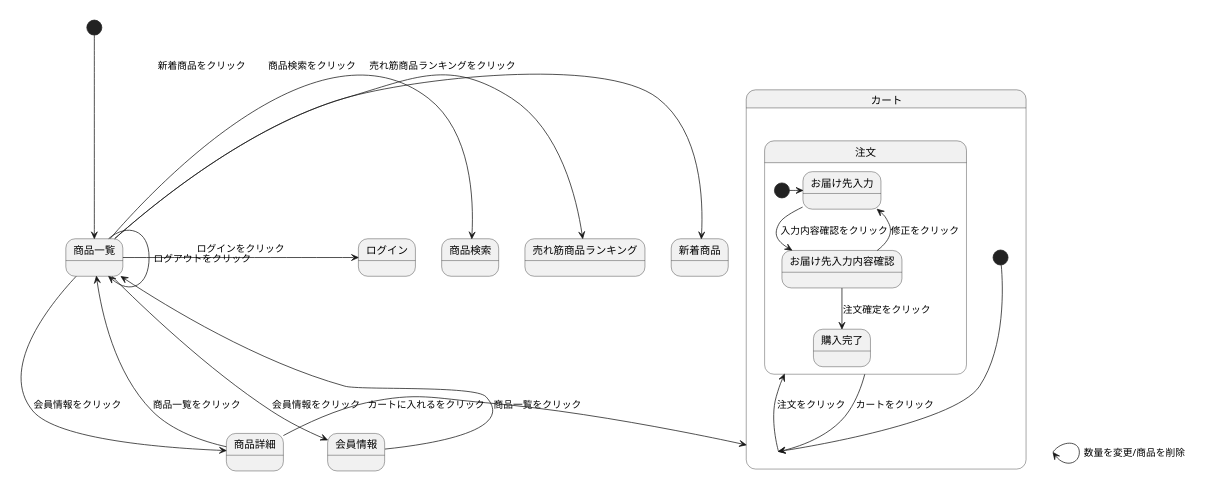
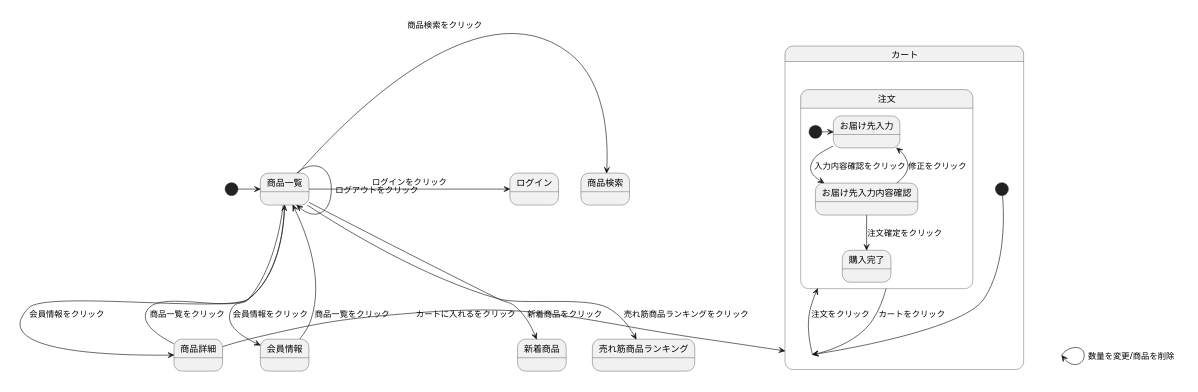
Before and after one commit to Aso2001369/2021sys-design: the diagram in stmmyshop.md, drawn with PlantUML.

````diff
--- a/stmmyshop.md
+++ b/stmmyshop.md
@@ -1,29 +1,29 @@
 ```uml
 @startuml
 scale 600 width
-[*] --> 商品一覧
-商品一覧 -> 新着商品 : 新着商品をクリック
-商品一覧 -> 売れ筋商品ランキング : 売れ筋商品ランキングをクリック
+[*] -> 商品一覧
+商品一覧 --> 新着商品 : 新着商品をクリック
+商品一覧 --> 売れ筋商品ランキング : 売れ筋商品ランキングをクリック
 商品一覧 -> 商品検索 : 商品検索をクリック
 商品一覧 -> 商品詳細 : 会員情報をクリック
 商品一覧 -> ログイン : ログインをクリック
 商品一覧 -> 商品一覧 : ログアウトをクリック
 商品一覧 -> 会員情報 : 会員情報をクリック
 商品詳細 -> カート : カートに入れるをクリック
 state カート {
 [*] --> カート
 カート -> 注文 : 注文をクリック
 カート -> カート : 数量を変更/商品を削除
 注文 --> カート : カートをクリック
 state 注文 {
 [*] -> お届け先入力
 お届け先入力 --> お届け先入力内容確認 : 入力内容確認をクリック
 お届け先入力内容確認 --> お届け先入力 : 修正をクリック
 お届け先入力内容確認 --> 購入完了 : 注文確定をクリック
 }
 商品詳細 --> 商品一覧 : 商品一覧をクリック
 会員情報 --> 商品一覧 : 商品一覧をクリック
 
 
 @enduml
 ```
````
